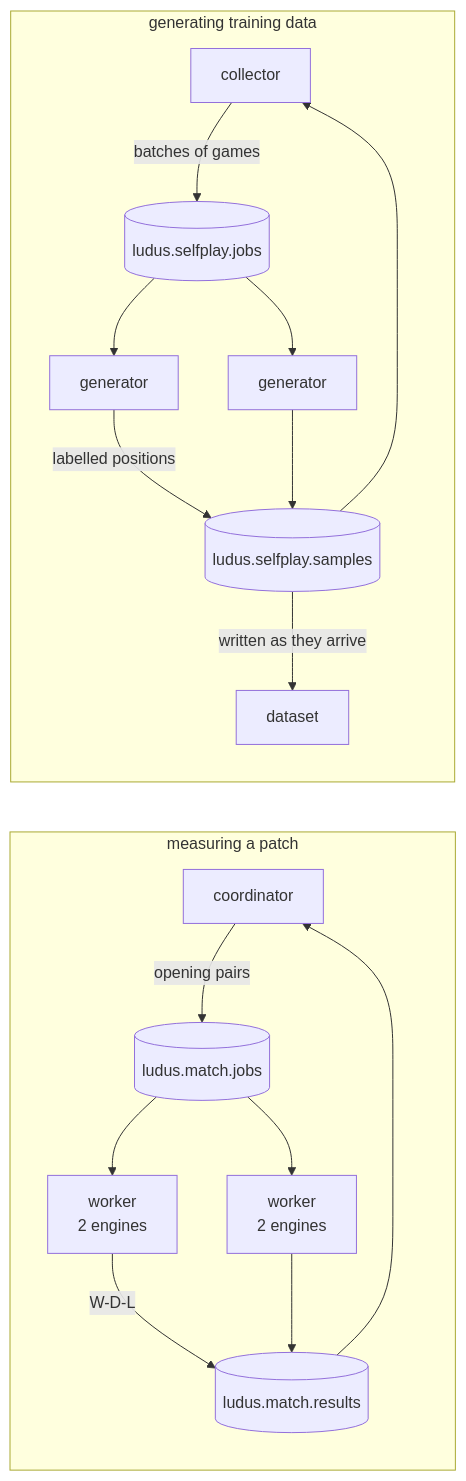
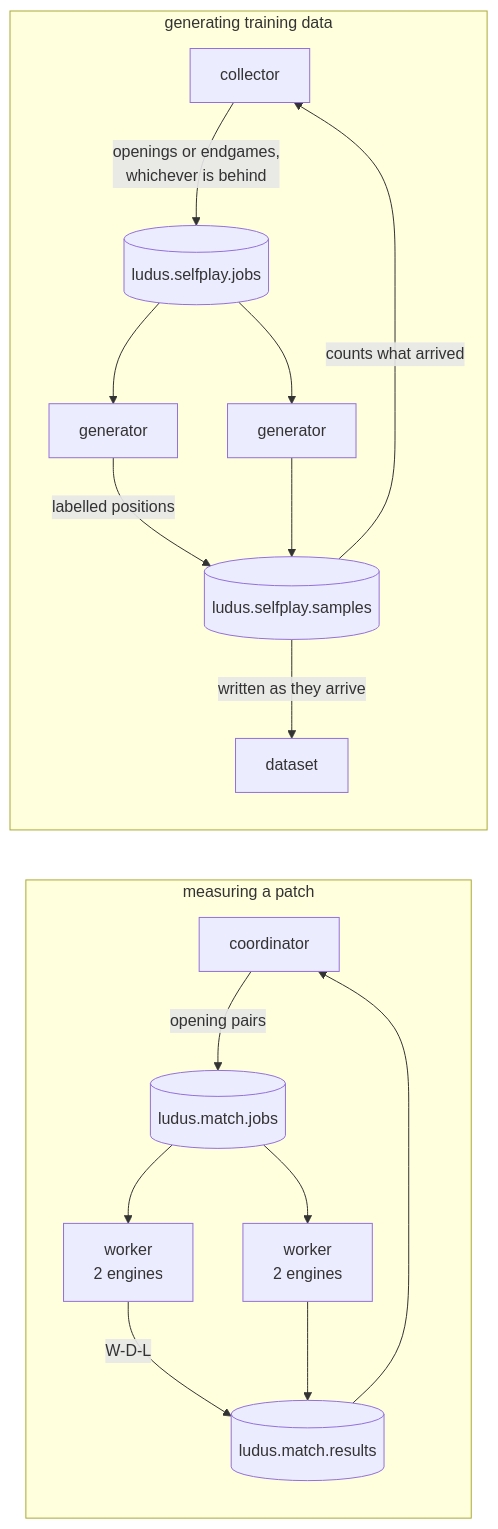
The second of 2 diagrams in README.md (LorenzoVicino/ludus), drawn with Mermaid before and after one commit. The commit also changed other lines of this file, not shown here.

First line of the commit message:
README: the arrow back into the collector, and the cheap gate

````diff
--- a/README.md
+++ b/README.md
@@ -146,21 +146,21 @@
 ```mermaid
 graph LR
   subgraph m["measuring a patch"]
     C["coordinator"] -- "opening pairs" --> MJ[("ludus.match.jobs")]
     MJ --> W1["worker<br/>2 engines"]
     MJ --> W2["worker<br/>2 engines"]
     W1 -- "W-D-L" --> MR[("ludus.match.results")]
     W2 --> MR
     MR --> C
   end
 
   subgraph s["generating training data"]
-    K["collector"] -- "batches of games" --> SJ[("ludus.selfplay.jobs")]
+    K["collector"] -- "openings or endgames,<br/>whichever is behind" --> SJ[("ludus.selfplay.jobs")]
     SJ --> G1["generator"]
     SJ --> G2["generator"]
     G1 -- "labelled positions" --> SS[("ludus.selfplay.samples")]
     G2 --> SS
     SS -- "written as they arrive" --> D["dataset"]
-    SS --> K
+    SS -- "counts what arrived" --> K
   end
 ```
````
